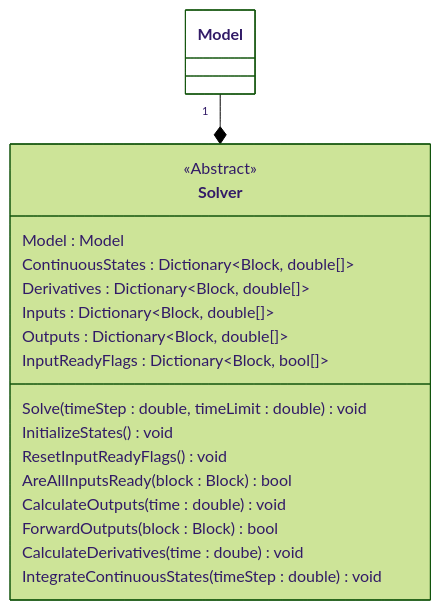
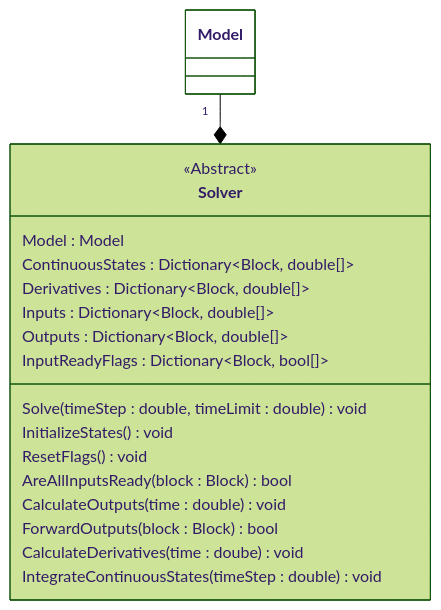
The diagram in Quellen/WS25/SFunctionContinuous/Solver.mmd (ghackenberg/kurs-computer-simulation), drawn with Mermaid (forest theme) before and after one commit. The commit also changed 21 other files, not shown here.

```diff
--- a/Quellen/WS25/SFunctionContinuous/Solver.mmd
+++ b/Quellen/WS25/SFunctionContinuous/Solver.mmd
@@ -1,28 +1,28 @@
 classDiagram
 
     direction TB
 
     class Model {
     }
 
     class Solver {
         <<Abstract>>
         Model : Model
         ContinuousStates : Dictionary~Block, double[]~
         Derivatives : Dictionary~Block, double[]~
         Inputs : Dictionary~Block, double[]~
         Outputs : Dictionary~Block, double[]~
         InputReadyFlags : Dictionary~Block, bool[]~
         Solve(timeStep : double, timeLimit : double) void
         InitializeStates() void
-        ResetInputReadyFlags() void
+        ResetFlags() void
         AreAllInputsReady(block : Block) bool
         CalculateOutputs(time : double) void
         ForwardOutputs(block : Block) bool 
         CalculateDerivatives(time : doube) void
         IntegrateContinuousStates(timeStep : double) void
     }
 
     Model "1" --* Solver
 
     style Model fill:white
```
